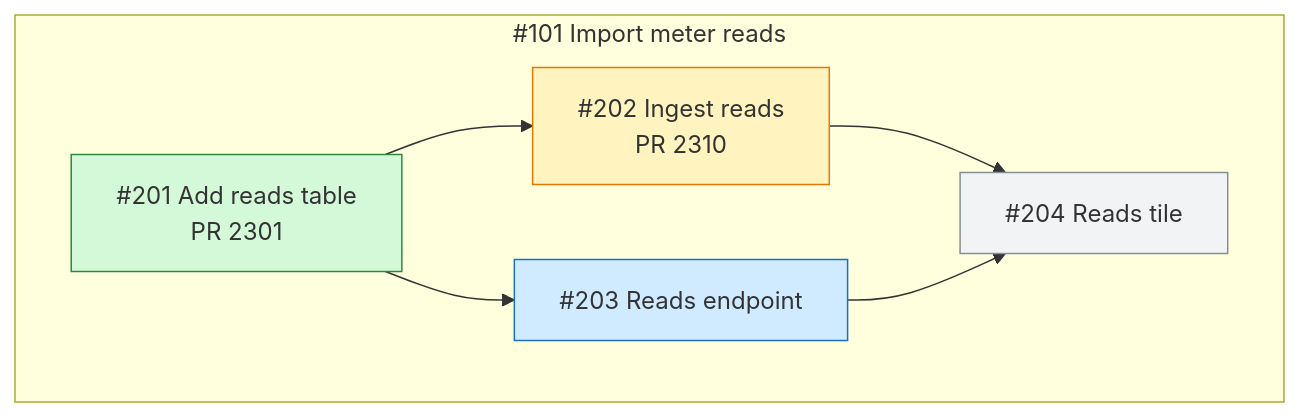
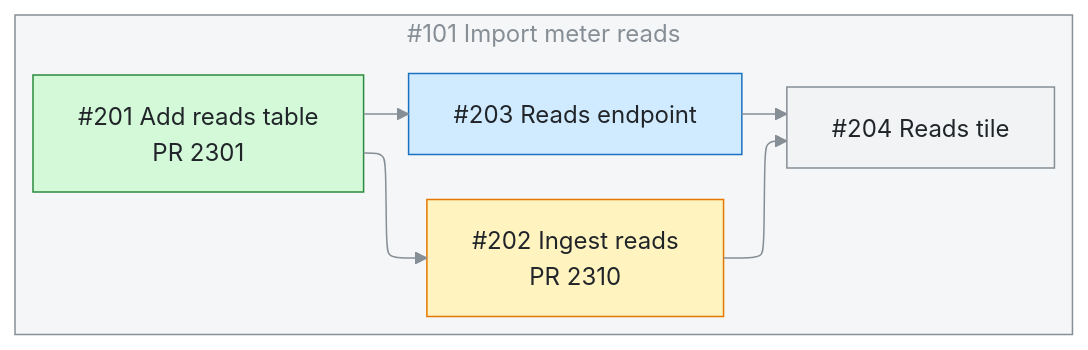
The diagram in claude/.claude/skills/hitch-clerk/SKILL.md (GappelSolutions/dotfiles), drawn with Mermaid before and after one commit. The commit also changed other lines of this file and 2 other files, not shown here.

Commit message:
feat(claude): hitch-clerk current sprint and mermaid sketches, duck offers to start tower/clerk

````diff
--- a/claude/.claude/skills/hitch-clerk/SKILL.md
+++ b/claude/.claude/skills/hitch-clerk/SKILL.md
@@ -82,13 +82,25 @@
   ```mermaid
+  ---
+  config:
+    layout: elk
+    theme: base
+    flowchart:
+      wrappingWidth: 260
+    themeVariables:
+      lineColor: '#868e96'
+      clusterBkg: 'rgba(134,142,150,0.08)'
+      clusterBorder: '#868e96'
+      titleColor: '#868e96'
+      primaryTextColor: '#212529'
+  ---
   graph LR
     subgraph S["#101 Import meter reads"]
-      direction LR
       T201["#201 Add reads table<br/>PR 2301"]:::done --> T202["#202 Ingest reads<br/>PR 2310"]:::review
       T201 --> T203["#203 Reads endpoint"]:::build
       T202 & T203 --> T204["#204 Reads tile"]:::todo
     end
-    classDef done fill:#d3f9d8,stroke:#2b8a3e
-    classDef review fill:#fff3bf,stroke:#e67700
-    classDef build fill:#d0ebff,stroke:#1971c2
-    classDef todo fill:#f1f3f5,stroke:#868e96
+    classDef done fill:#d3f9d8,stroke:#2b8a3e,color:#212529
+    classDef review fill:#fff3bf,stroke:#e67700,color:#212529
+    classDef build fill:#d0ebff,stroke:#1971c2,color:#212529
+    classDef todo fill:#f1f3f5,stroke:#868e96,color:#212529
   ```
````
